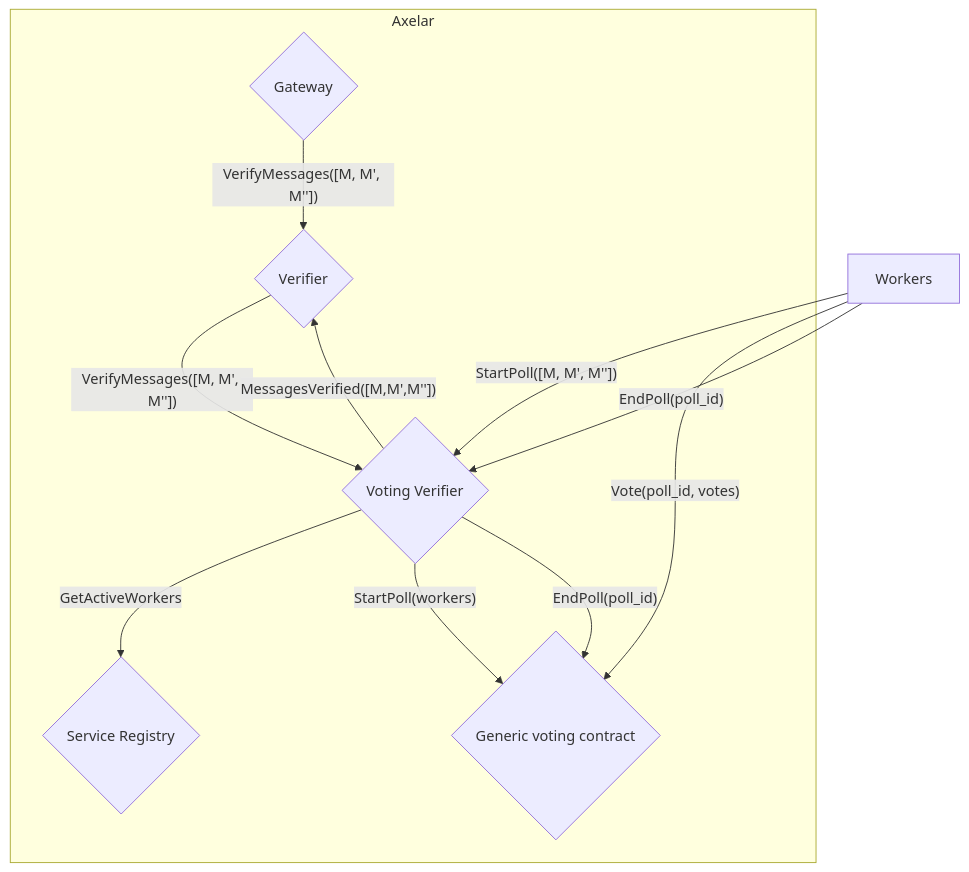
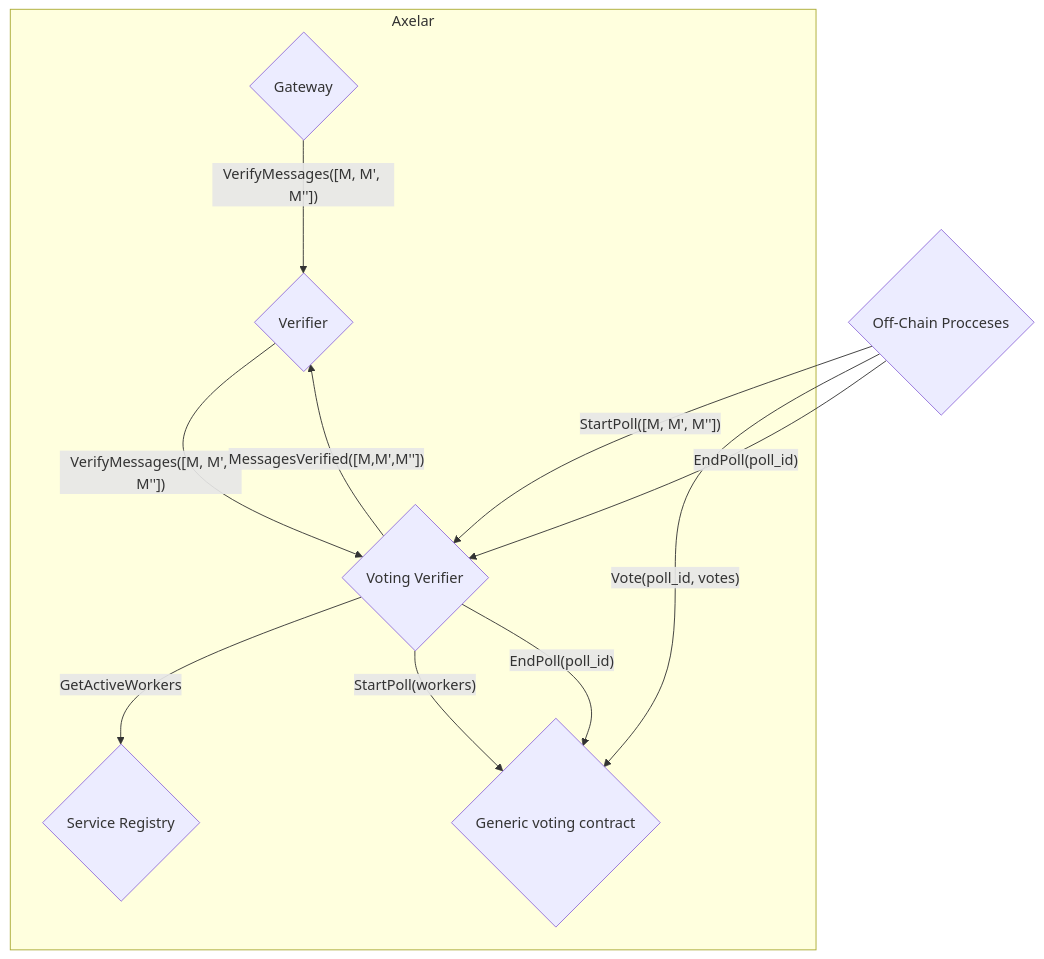
Before and after one commit to axelarnetwork/axelar-amplifier: the first of 2 diagrams in contracts/voting-verifier/README.md, drawn with Mermaid. The commit also changed other lines of this file, not shown here.

Commit message:
change workers to off-chain processes in README

````diff
--- a/contracts/voting-verifier/README.md
+++ b/contracts/voting-verifier/README.md
@@ -11,20 +11,22 @@
 ```mermaid
 flowchart TD
 subgraph Axelar
     G{"Gateway"}
     Vr{"Voting Verifier"}
     Vg{"Generic voting contract"}
     V{"Verifier"}
     R{"Service Registry"}
 end
+OC{"Off-Chain Procceses"}
+
 G--"VerifyMessages([M, M', M''])"-->V
 V--"VerifyMessages([M, M', M''])"-->Vr
-Workers --"StartPoll([M, M', M''])"-->Vr
+OC --"StartPoll([M, M', M''])"-->Vr
 Vr--"GetActiveWorkers"-->R
 Vr--"StartPoll(workers)"-->Vg
-Workers--"Vote(poll_id, votes)"-->Vg
-Workers--"EndPoll(poll_id)"-->Vr
+OC--"Vote(poll_id, votes)"-->Vg
+OC--"EndPoll(poll_id)"-->Vr
 Vr--"EndPoll(poll_id)"-->Vg
 Vr--"MessagesVerified([M,M',M''])"-->V
 
 ```
````
